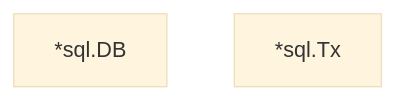
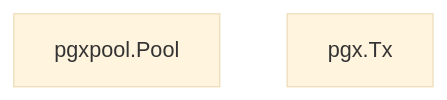
One commit to Tomy-ch/go-boilerplate changed the third of 4 diagrams in internal/infrastructure/rdb/driver/README.ja.md. Above: the diagram before and after it, drawn with Mermaid (base theme). The commit also changed other lines of this file and 2 other files, not shown here.

````diff
--- a/internal/infrastructure/rdb/driver/README.ja.md
+++ b/internal/infrastructure/rdb/driver/README.ja.md
@@ -98,5 +97,5 @@
 ```mermaid
 flowchart TB
-    A["*sql.DB"]
-    B["*sql.Tx"]
+    A["pgxpool.Pool"]
+    B["pgx.Tx"]
 ```
````
